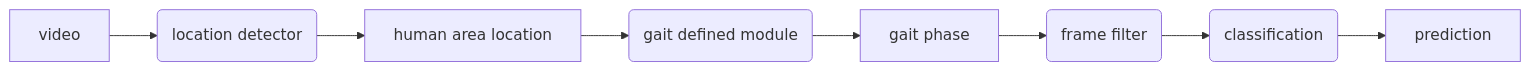
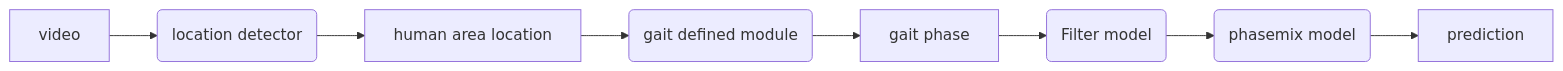
The diagram in README.md (ChenKaiXuSan/FilterNet_ASD_PyTorch), drawn with Mermaid before and after one commit. The commit also changed other lines of this file and 2 other files, not shown here.

````diff
--- a/README.md
+++ b/README.md
@@ -9,10 +9,10 @@
 ``` mermaid
 graph LR
 A[video] --> B(location detector)
 B --> C[human area location]
 C --> D(gait defined module)
 D --> E[gait phase]
-E --> F(frame filter)
-F --> G(classification)
+E --> F(Filter model)
+F --> G(phasemix model)
 G --> H[prediction]
 ```
````
